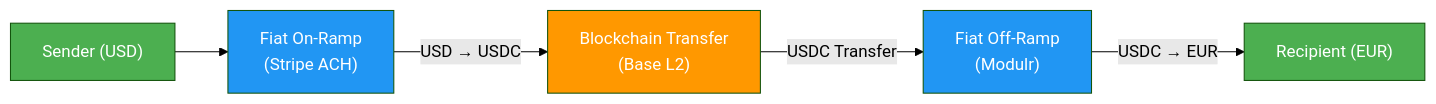
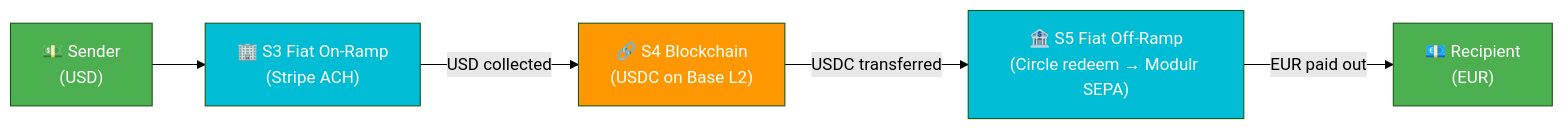
One commit to Puneethkumarck/stablebridge-platform changed the second of 5 diagrams in README.md. Above: the diagram before and after it, drawn with Mermaid (forest theme). The commit also changed other lines of this file, not shown here.

````diff
--- a/README.md
+++ b/README.md
@@ -52,13 +157,13 @@
 ```mermaid
 graph LR
-    A["Sender (USD)"] --> B["Fiat On-Ramp\n(Stripe ACH)"]
-    B -- "USD → USDC" --> C["Blockchain Transfer\n(Base L2)"]
-    C -- "USDC Transfer" --> D["Fiat Off-Ramp\n(Modulr)"]
-    D -- "USDC → EUR" --> E["Recipient (EUR)"]
+    A["💵 Sender<br/>(USD)"] --> B["🏢 S3 Fiat On-Ramp<br/>(Stripe ACH)"]
+    B -- "USD collected" --> C["🔗 S4 Blockchain<br/>(USDC on Base L2)"]
+    C -- "USDC transferred" --> D["🏦 S5 Fiat Off-Ramp<br/>(Circle redeem → Modulr SEPA)"]
+    D -- "EUR paid out" --> E["💶 Recipient<br/>(EUR)"]
 
     style A fill:#4CAF50,color:#fff
-    style B fill:#2196F3,color:#fff
+    style B fill:#00BCD4,color:#fff
     style C fill:#FF9800,color:#fff
-    style D fill:#2196F3,color:#fff
+    style D fill:#00BCD4,color:#fff
     style E fill:#4CAF50,color:#fff
 ```
````
